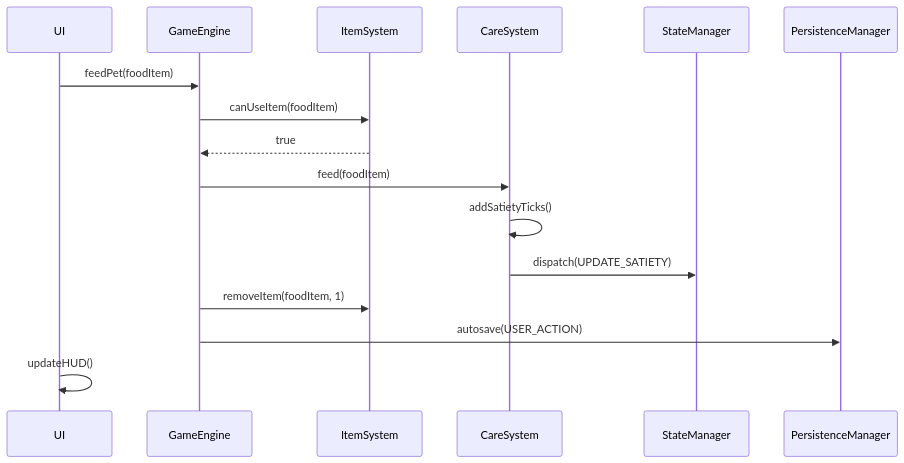
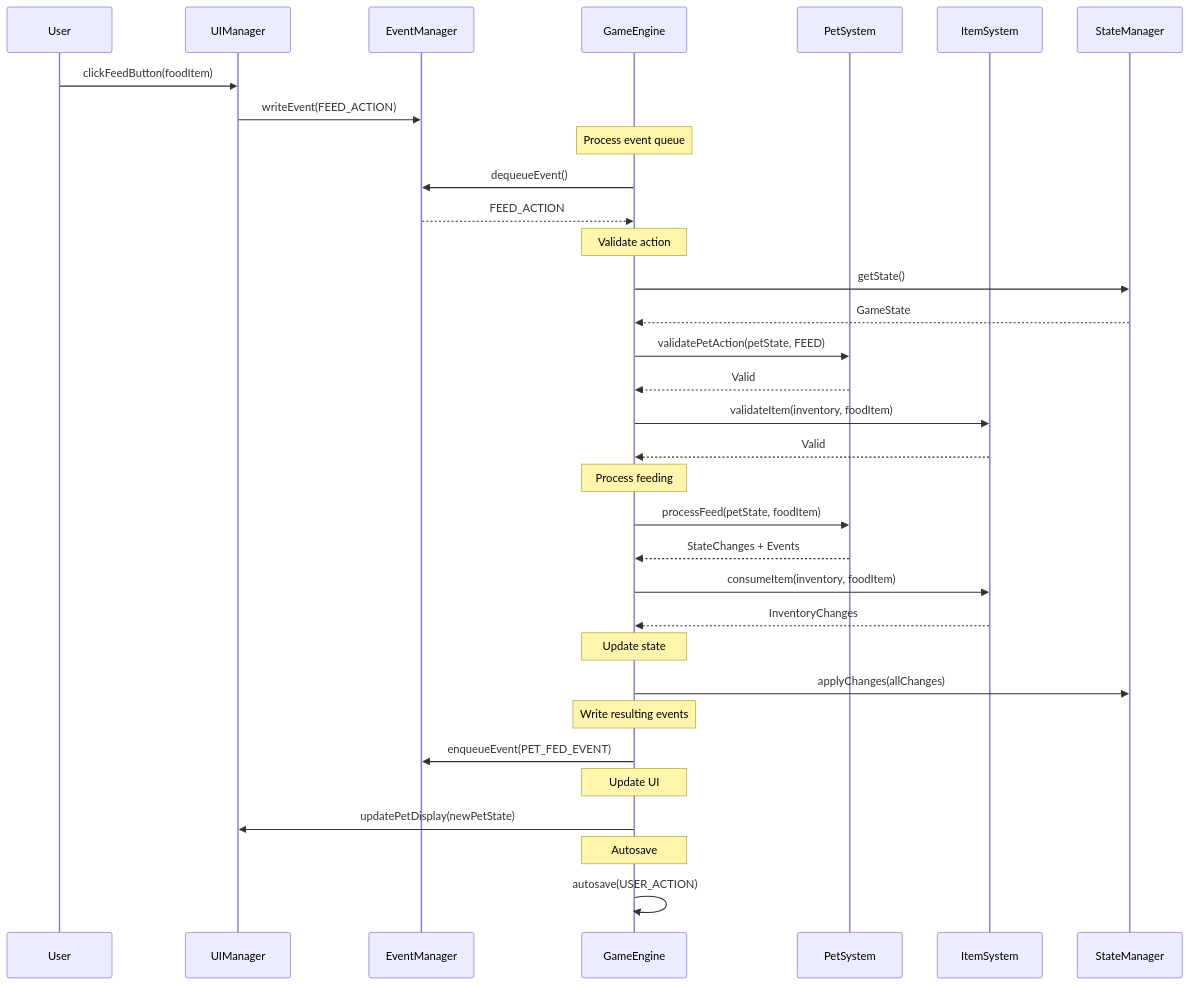
The fourth of 6 diagrams in architecture.md (KnightNiwrem/Digital-Pets-v2), drawn with Mermaid before and after one commit. The commit also changed other lines of this file and 2 other files, not shown here.

Commit message:
Update architecture to reduce coupling

````diff
--- a/architecture.md
+++ b/architecture.md
@@ -961,19 +1058,43 @@
 ```mermaid
 sequenceDiagram
-    participant UI as UI
+    participant User as User
+    participant UI as UIManager
+    participant EM as EventManager
     participant GE as GameEngine
+    participant PS as PetSystem
     participant IS as ItemSystem
-    participant CS as CareSystem
     participant SM as StateManager
-    participant PM as PersistenceManager
 
-    UI->>GE: feedPet(foodItem)
-    GE->>IS: canUseItem(foodItem)
-    IS-->>GE: true
-    GE->>CS: feed(foodItem)
-    CS->>CS: addSatietyTicks()
-    CS->>SM: dispatch(UPDATE_SATIETY)
-    GE->>IS: removeItem(foodItem, 1)
-    GE->>PM: autosave(USER_ACTION)
-    UI->>UI: updateHUD()
+    User->>UI: clickFeedButton(foodItem)
+    UI->>EM: writeEvent(FEED_ACTION)
+    
+    Note over GE: Process event queue
+    GE->>EM: dequeueEvent()
+    EM-->>GE: FEED_ACTION
+    
+    Note over GE: Validate action
+    GE->>SM: getState()
+    SM-->>GE: GameState
+    GE->>PS: validatePetAction(petState, FEED)
+    PS-->>GE: Valid
+    GE->>IS: validateItem(inventory, foodItem)
+    IS-->>GE: Valid
+    
+    Note over GE: Process feeding
+    GE->>PS: processFeed(petState, foodItem)
+    PS-->>GE: StateChanges + Events
+    GE->>IS: consumeItem(inventory, foodItem)
+    IS-->>GE: InventoryChanges
+    
+    Note over GE: Update state
+    GE->>SM: applyChanges(allChanges)
+    
+    Note over GE: Write resulting events
+    GE->>EM: enqueueEvent(PET_FED_EVENT)
+    
+    Note over GE: Update UI
+    GE->>UI: updatePetDisplay(newPetState)
+    
+    Note over GE: Autosave
+    GE->>GE: autosave(USER_ACTION)
 ```
````
